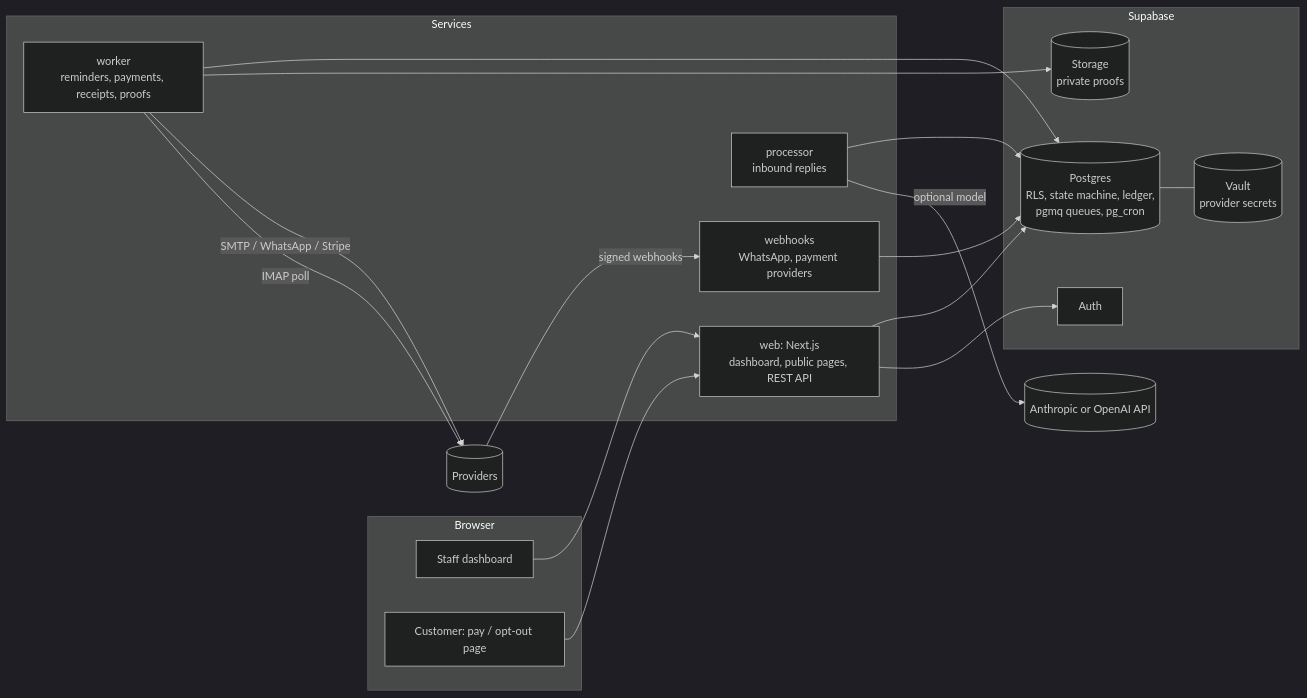
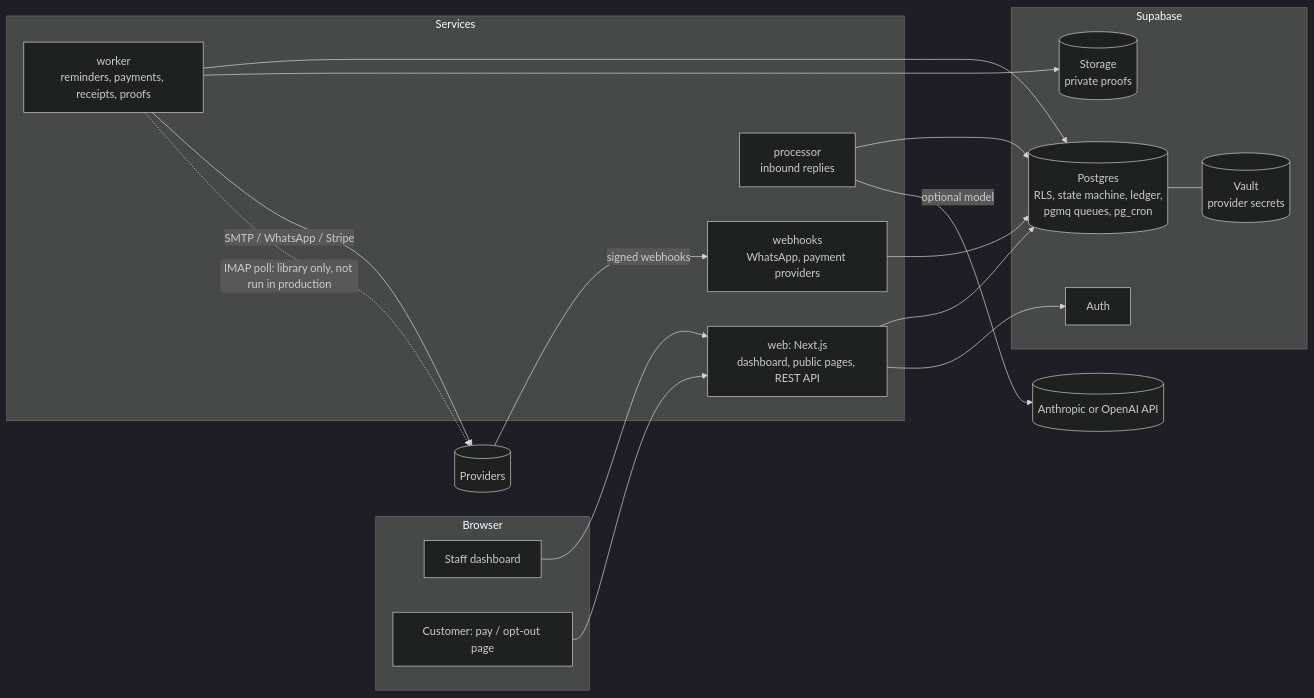
One commit to ahmadtahir1399/Dueloop changed the diagram in docs/architecture.md. Above: the diagram before and after it, drawn with Mermaid (dark theme). The commit also changed other lines of this file and 13 other files, not shown here.

````diff
--- a/docs/architecture.md
+++ b/docs/architecture.md
@@ -8,32 +8,32 @@
 ```mermaid
 flowchart LR
   subgraph Browser
     Staff[Staff dashboard]
     Customer[Customer: pay / opt-out page]
   end
   subgraph Services
     Web[web: Next.js<br/>dashboard, public pages, REST API]
     Hooks[webhooks<br/>WhatsApp, payment providers]
     Worker[worker<br/>reminders, payments, receipts, proofs]
     Proc[processor<br/>inbound replies]
   end
   subgraph Supabase
     DB[(Postgres<br/>RLS, state machine, ledger,<br/>pgmq queues, pg_cron)]
     Auth[Auth]
     Store[(Storage<br/>private proofs)]
     Vault[(Vault<br/>provider secrets)]
   end
   Staff --> Web
   Customer --> Web
   Web --> DB
   Web --> Auth
   Hooks --> DB
   Worker --> DB
   Proc --> DB
   Worker --> Store
   DB --- Vault
   Worker -- SMTP / WhatsApp / Stripe --> Providers[(Providers)]
   Proc -- optional model --> Model[(Anthropic or OpenAI API)]
   Providers -- signed webhooks --> Hooks
-  Worker -- IMAP poll --> Providers
+  Worker -. IMAP poll: library only, not run in production .-> Providers
 ```
````
